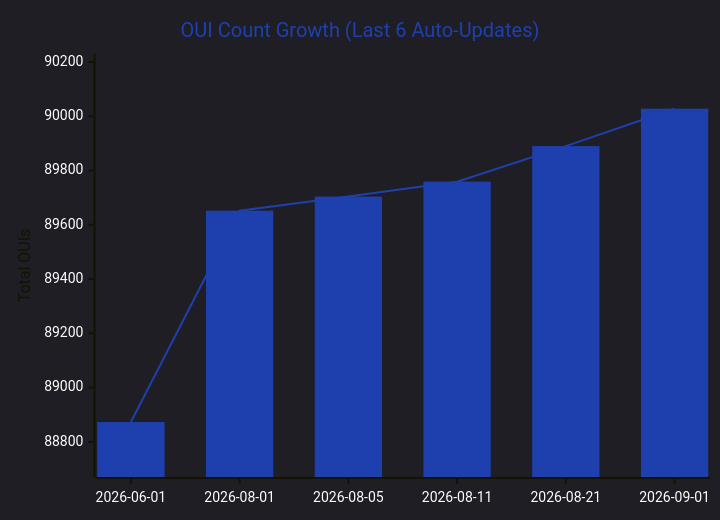
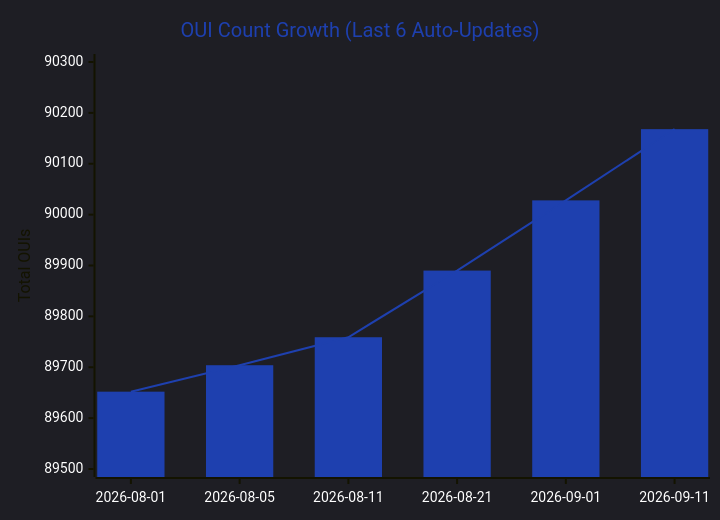
Before and after one commit to Ringmast4r/OUI-Master-Database: the first of 5 diagrams in README.md, drawn with Mermaid. The commit also changed other lines of this file and 14 other files, not shown here.

````diff
--- a/README.md
+++ b/README.md
@@ -71,9 +71,9 @@
 ```mermaid
 %%{init: {'theme':'dark', 'themeVariables': {'xyChart': {'backgroundColor':'#00000000','plotColorPalette':'#1E40AF','titleColor':'#1E40AF','xAxisLabelColor':'#ffffff','yAxisLabelColor':'#ffffff'}}}}%%
 xychart-beta
     title "OUI Count Growth (Last 6 Auto-Updates)"
-    x-axis ["2026-06-01", "2026-08-01", "2026-08-05", "2026-08-11", "2026-08-21", "2026-09-01"]
-    y-axis "Total OUIs" 88700 --> 90200
-    bar [88873, 89652, 89704, 89759, 89890, 90028]
-    line [88873, 89652, 89704, 89759, 89890, 90028]
+    x-axis ["2026-08-01", "2026-08-05", "2026-08-11", "2026-08-21", "2026-09-01", "2026-09-11"]
+    y-axis "Total OUIs" 89500 --> 90300
+    bar [89652, 89704, 89759, 89890, 90028, 90168]
+    line [89652, 89704, 89759, 89890, 90028, 90168]
 ```
````
